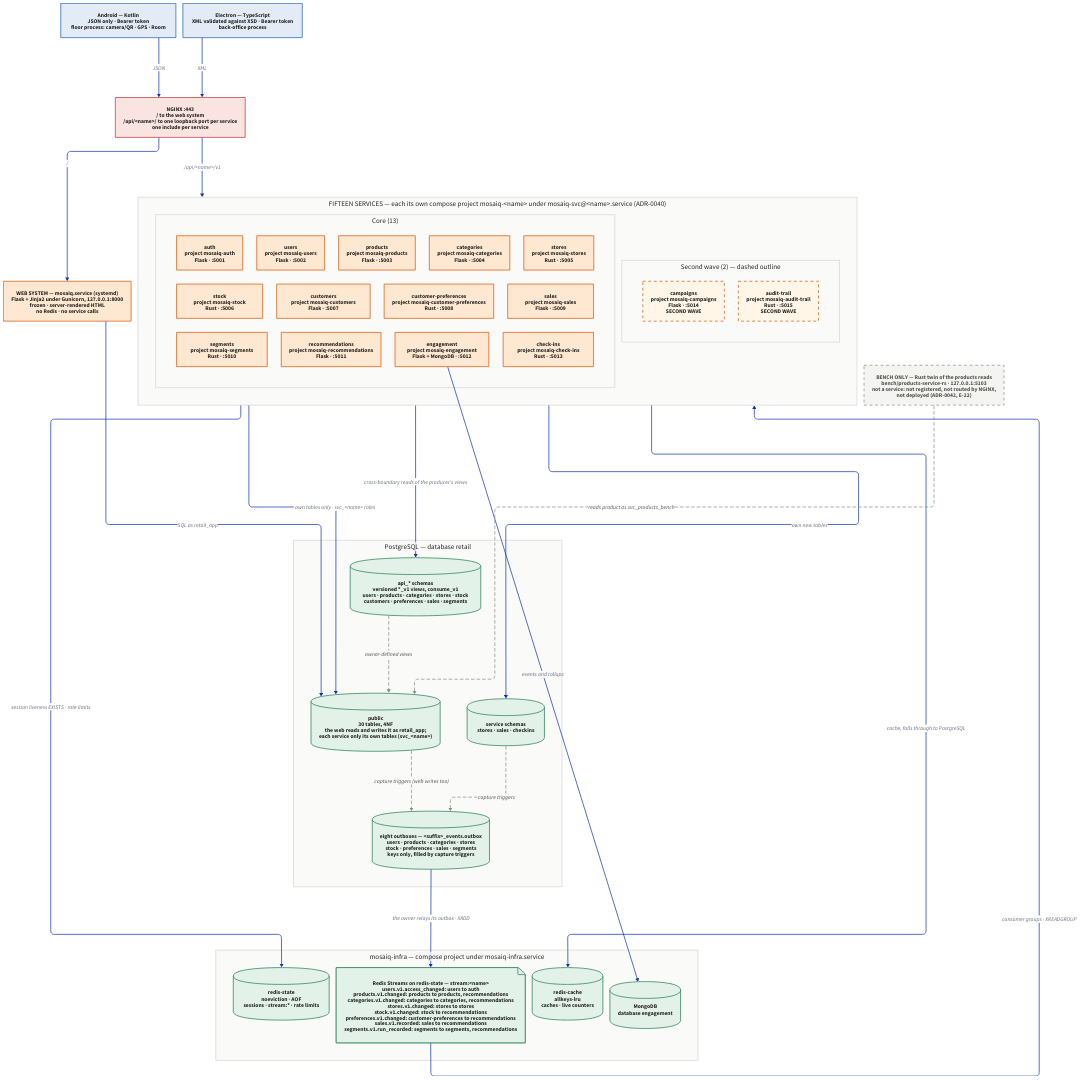
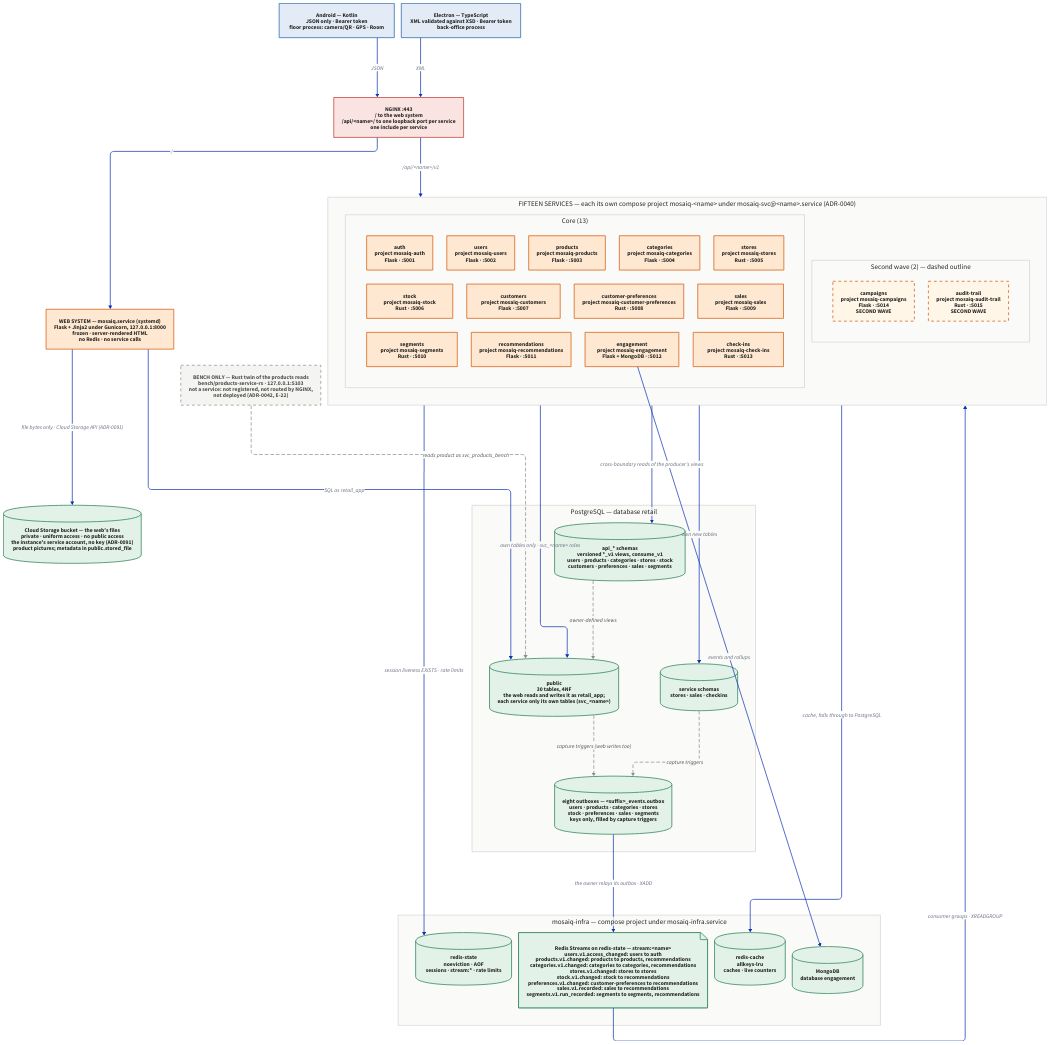
One commit to Equipo-03-Proyecto10/retail-segmentation changed the diagram in docs/architecture/application.d2. Above: the diagram before and after it, drawn with D2. The commit also changed 6 other files, not shown here.

First line of the commit message:
docs(deploy): upgrade the live schema in place before the migration; fix the count, the diagrams' sources and ADR-0091's account of the code (#1189)

```diff
--- a/docs/architecture/application.d2
+++ b/docs/architecture/application.d2
@@ -1,167 +1,173 @@
 # Application view of the delivered system: the web system, the fifteen
 # services, the datastores they meet at, and the two clients.
 # Sources: docs/scope-delivery-2-distributed.md section 3, contracts/registry.yaml,
 # sql/01_schema.sql, deploy/infra/compose.yaml, docker/distributed/gateway/default.conf,
 # bench/README.md, ADR-0034, ADR-0035, ADR-0037, ADR-0038, ADR-0040, ADR-0041,
 # ADR-0042, ADR-0044, ADR-0045, ADR-0046.
 #
 # No arrow joins two services. They meet only through the producer's api_*
 # objects in PostgreSQL and through Redis Streams (ADR-0044), so every edge here
 # ends at a datastore, at NGINX or at a client.
 direction: down
 
 vars: {
   d2-config: {
     layout-engine: elk
   }
 }
 
 classes: {
   edgeio: {
     style: { fill: "#E2EBF6"; stroke: "#1F5FA8"; font-color: "#232320" }
   }
   gatenode: {
     style: { fill: "#FAE4E2"; stroke: "#C0342B"; font-color: "#232320" }
   }
   appnode: {
     style: { fill: "#FFE8D1"; stroke: "#D45400"; font-color: "#232320" }
   }
   svc: {
     style: { fill: "#FFE8D1"; stroke: "#D45400"; font-color: "#232320" }
   }
   svc2: {
     style: {
       fill: "#FFF6E8"; stroke: "#D45400"; font-color: "#232320"
       stroke-dash: 4; stroke-width: 2
     }
   }
   store: {
     style: { fill: "#E3F2E9"; stroke: "#1F7A4C"; font-color: "#232320" }
   }
   bench: {
     style: {
       fill: "#F4F4F2"; stroke: "#8C8C86"; font-color: "#4F4F4A"
       stroke-dash: 4
     }
   }
   layer: {
     style: { fill: "#FAFAF9"; stroke: "#D5D5D1"; font-color: "#232320"; font-size: 20 }
   }
 }
 
 android: "Android — Kotlin\nJSON only · Bearer token\nfloor process: camera/QR · GPS · Room" {
   class: edgeio
 }
 electron: "Electron — TypeScript\nXML validated against XSD · Bearer token\nback-office process" {
   class: edgeio
 }
 
 nginx: "NGINX :443\n/  to the web system\n/api/<name>/ to one loopback port per service\none include per service" {
   class: gatenode
 }
 
 web: "WEB SYSTEM — mosaiq.service (systemd)\nFlask + Jinja2 under Gunicorn, 127.0.0.1:8000\nfrozen · server-rendered HTML\nno Redis · no service calls" {
   class: appnode
 }
 
 services: "FIFTEEN SERVICES — each its own compose project mosaiq-<name> under mosaiq-svc@<name>.service (ADR-0040)" {
   class: layer
 
   core: "Core (13)" {
     class: layer
     grid-rows: 3
       "auth": "auth\nproject mosaiq-auth\nFlask · :5001" { class: svc }
       "users": "users\nproject mosaiq-users\nFlask · :5002" { class: svc }
       "products": "products\nproject mosaiq-products\nFlask · :5003" { class: svc }
       "categories": "categories\nproject mosaiq-categories\nFlask · :5004" { class: svc }
       "stores": "stores\nproject mosaiq-stores\nRust · :5005" { class: svc }
       "stock": "stock\nproject mosaiq-stock\nRust · :5006" { class: svc }
       "customers": "customers\nproject mosaiq-customers\nFlask · :5007" { class: svc }
       "customer-preferences": "customer-preferences\nproject mosaiq-customer-preferences\nRust · :5008" { class: svc }
       "sales": "sales\nproject mosaiq-sales\nFlask · :5009" { class: svc }
       "segments": "segments\nproject mosaiq-segments\nRust · :5010" { class: svc }
       "recommendations": "recommendations\nproject mosaiq-recommendations\nFlask · :5011" { class: svc }
       "engagement": "engagement\nproject mosaiq-engagement\nFlask + MongoDB · :5012" { class: svc }
       "check-ins": "check-ins\nproject mosaiq-check-ins\nRust · :5013" { class: svc }
   }
   second: "Second wave (2) — dashed outline" {
     class: layer
     grid-columns: 2
       "campaigns": "campaigns\nproject mosaiq-campaigns\nFlask · :5014\nSECOND WAVE" { class: svc2 }
       "audit-trail": "audit-trail\nproject mosaiq-audit-trail\nRust · :5015\nSECOND WAVE" { class: svc2 }
   }
 }
 
 bench: "BENCH ONLY — Rust twin of the products reads\nbench/products-service-rs · 127.0.0.1:5103\nnot a service: not registered, not routed by NGINX,\nnot deployed (ADR-0042, E-22)" {
   class: bench
 }
 
 pg: "PostgreSQL — database retail" {
   class: layer
   public: "public\n30 tables, 4NF\nthe web reads and writes it as retail_app;\neach service only its own tables (svc_<name>)" {
     class: store
     shape: cylinder
   }
   svcschemas: "service schemas\nstores · sales · checkins" {
     class: store
     shape: cylinder
   }
   api: "api_* schemas\nversioned *_v1 views, consume_v1\nusers · products · categories · stores · stock\ncustomers · preferences · sales · segments" {
     class: store
     shape: cylinder
   }
   outbox: "eight outboxes — <suffix>_events.outbox\nusers · products · categories · stores\nstock · preferences · sales · segments\nkeys only, filled by capture triggers" {
     class: store
     shape: cylinder
   }
 }
 
+gcs: "Cloud Storage bucket — the web's files\nprivate · uniform access · no public access\nthe instance's service account, no key (ADR-0091)\nproduct pictures; metadata in public.stored_file" {
+  class: store
+  shape: cylinder
+}
+
 infra: "mosaiq-infra — compose project under mosaiq-infra.service" {
   class: layer
   rs: "redis-state\nnoeviction · AOF\nsessions · stream:* · rate limits" {
     class: store
     shape: cylinder
   }
   streams: "Redis Streams on redis-state — stream:<name>\nusers.v1.access_changed: users to auth\nproducts.v1.changed: products to products, recommendations\ncategories.v1.changed: categories to categories, recommendations\nstores.v1.changed: stores to stores\nstock.v1.changed: stock to recommendations\npreferences.v1.changed: customer-preferences to recommendations\nsales.v1.recorded: sales to recommendations\nsegments.v1.run_recorded: segments to segments, recommendations" {
     class: store
     shape: page
   }
   rc: "redis-cache\nallkeys-lru\ncaches · live counters" {
     class: store
     shape: cylinder
   }
   mongo: "MongoDB\ndatabase engagement" {
     class: store
     shape: cylinder
   }
 }
 
 android -> nginx: "JSON"
 electron -> nginx: "XML"
 nginx -> web: "/"
 nginx -> services: "/api/<name>/v1"
 
 web -> pg.public: "SQL as retail_app"
+web -> gcs: "file bytes only · Cloud Storage API (ADR-0091)"
 services -> pg.public: "own tables only · svc_<name> roles"
 services -> pg.svcschemas: "own new tables"
 services -> pg.api: "cross-boundary reads of the producer's views"
 pg.api -> pg.public: "owner-defined views" {
   style: { stroke-dash: 4; stroke: "#8C8C86"; font-color: "#4F4F4A" }
 }
 pg.public -> pg.outbox: "capture triggers (web writes too)" {
   style: { stroke-dash: 4; stroke: "#8C8C86"; font-color: "#4F4F4A" }
 }
 pg.svcschemas -> pg.outbox: "capture triggers" {
   style: { stroke-dash: 4; stroke: "#8C8C86"; font-color: "#4F4F4A" }
 }
 
 pg.outbox -> infra.streams: "the owner relays its outbox · XADD"
 infra.streams -> services: "consumer groups · XREADGROUP"
 
 services -> infra.rs: "session liveness EXISTS · rate limits"
 services -> infra.rc: "cache, falls through to PostgreSQL"
 services.core.engagement -> infra.mongo: "events and rollups"
 
 bench -> pg.public: "reads product as svc_products_bench" {
   style: { stroke-dash: 4; stroke: "#8C8C86"; font-color: "#4F4F4A" }
 }
```
